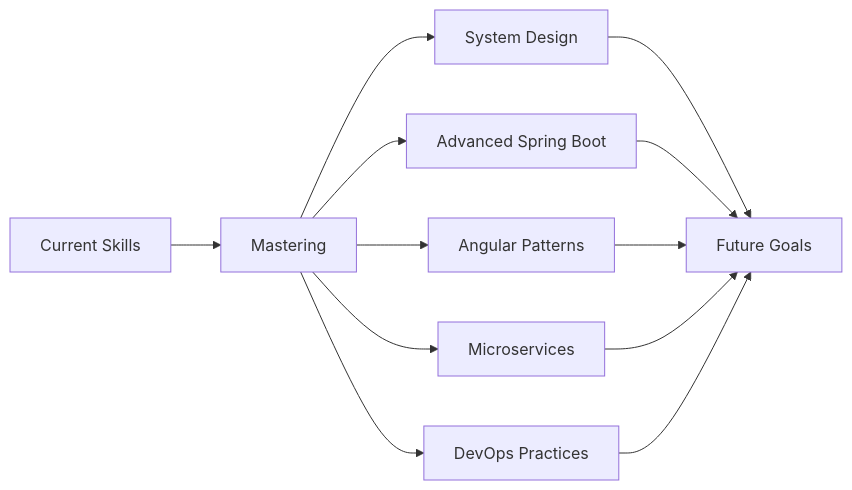
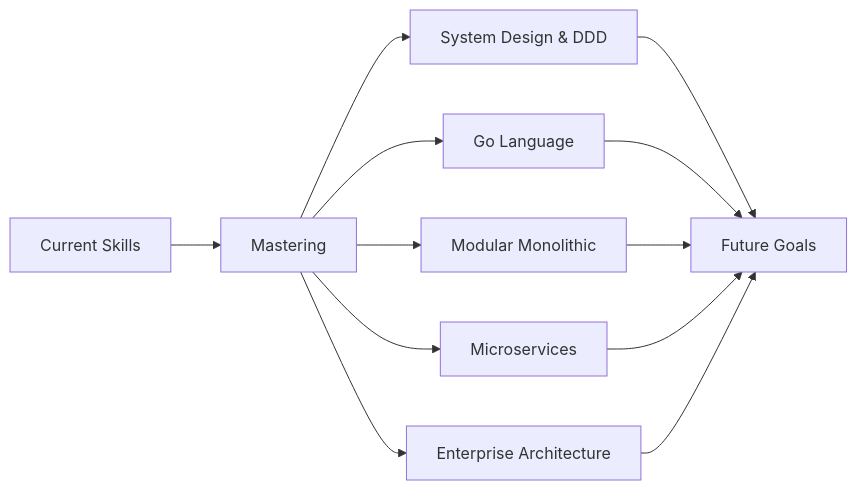
Before and after one commit to Tasheen2002/Tasheen2002: the diagram in README.md, drawn with Mermaid. The commit also changed other lines of this file, not shown here.

````diff
--- a/README.md
+++ b/README.md
@@ -192,15 +248,15 @@
 ```mermaid
 graph LR
     A[Current Skills] --> B[Mastering]
-    B --> C[System Design]
-    B --> D[Advanced Spring Boot]
-    B --> E[Angular Patterns]
+    B --> C[System Design & DDD]
+    B --> D[Go Language]
+    B --> E[Modular Monolithic]
     B --> F[Microservices]
-    B --> G[DevOps Practices]
+    B --> G[Enterprise Architecture]
     
     C --> H[Future Goals]
     D --> H
     E --> H
     F --> H
     G --> H
 ```
````
